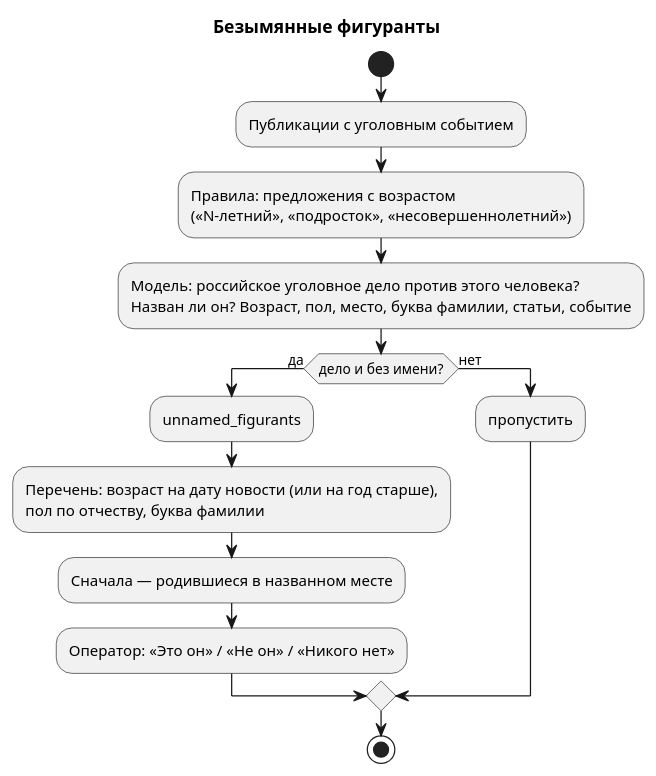
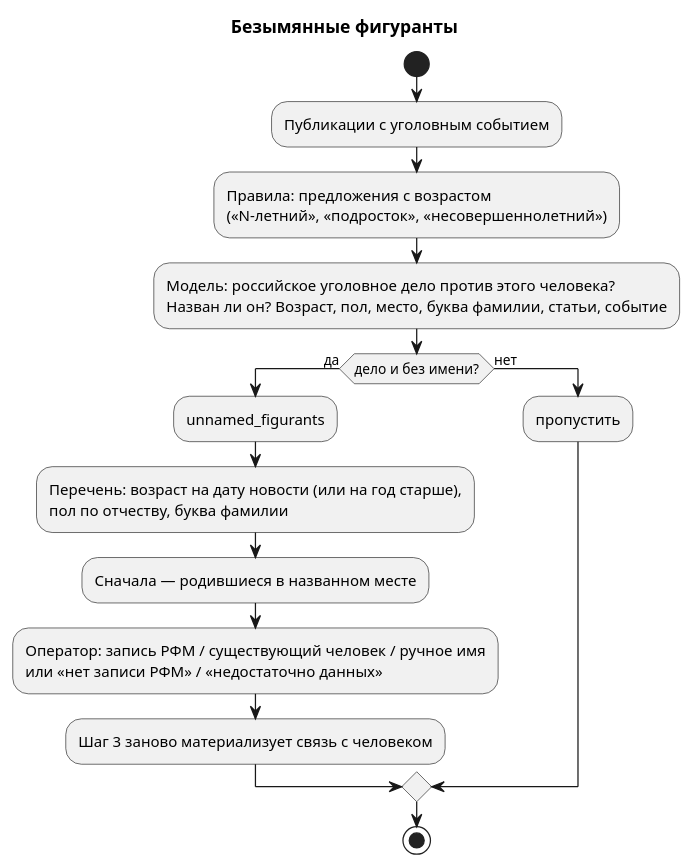
One commit to megannnn98/court-monitor changed the diagram in docs/wiki/Unnamed-Figurants.md. Above: the diagram before and after it, drawn with PlantUML. The commit also changed other lines of this file and 22 other files, not shown here.

````diff
--- a/docs/wiki/Unnamed-Figurants.md
+++ b/docs/wiki/Unnamed-Figurants.md
@@ -38,18 +42,19 @@
 ```plantuml
 @startuml
 title Безымянные фигуранты
 start
 :Публикации с уголовным событием;
 :Правила: предложения с возрастом\n(«N-летний», «подросток», «несовершеннолетний»);
 :Модель: российское уголовное дело против этого человека?\nНазван ли он? Возраст, пол, место, буква фамилии, статьи, событие;
 if (дело и без имени?) then (да)
   :unnamed_figurants;
   :Перечень: возраст на дату новости (или на год старше),\nпол по отчеству, буква фамилии;
   :Сначала — родившиеся в названном месте;
-  :Оператор: «Это он» / «Не он» / «Никого нет»;
+  :Оператор: запись РФМ / существующий человек / ручное имя\nили «нет записи РФМ» / «недостаточно данных»;
+  :Шаг 3 заново материализует связь с человеком;
 else (нет)
   :пропустить;
 endif
 stop
 @enduml
 ```
````
